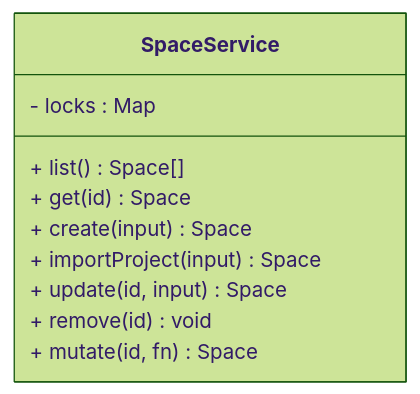
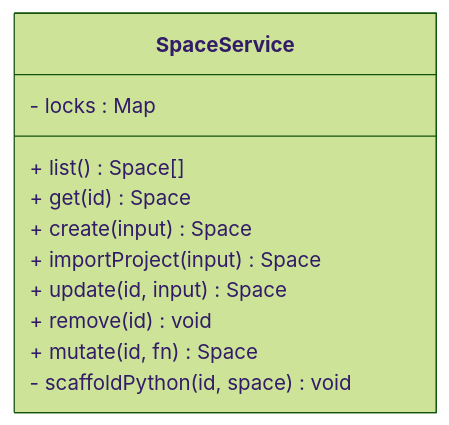
The third of 13 diagrams in .qoder/repowiki/zh/content/核心服务层/Space 服务（项目空间管理）.md (hozeeee/script-box), drawn with Mermaid (forest theme) before and after one commit. The commit also changed other lines of this file and 6 other files, not shown here.

````diff
--- a/.qoder/repowiki/zh/content/核心服务层/Space 服务（项目空间管理）.md
+++ b/.qoder/repowiki/zh/content/核心服务层/Space 服务（项目空间管理）.md
@@ -159,13 +172,14 @@
 ```mermaid
 classDiagram
 class SpaceService {
 - locks : Map<string, Promise>
 + list() Space[]
 + get(id) Space
 + create(input) Space
 + importProject(input) Space
 + update(id, input) Space
 + remove(id) void
 + mutate(id, fn) Space
+- scaffoldPython(id, space) void
 }
 ```
````
